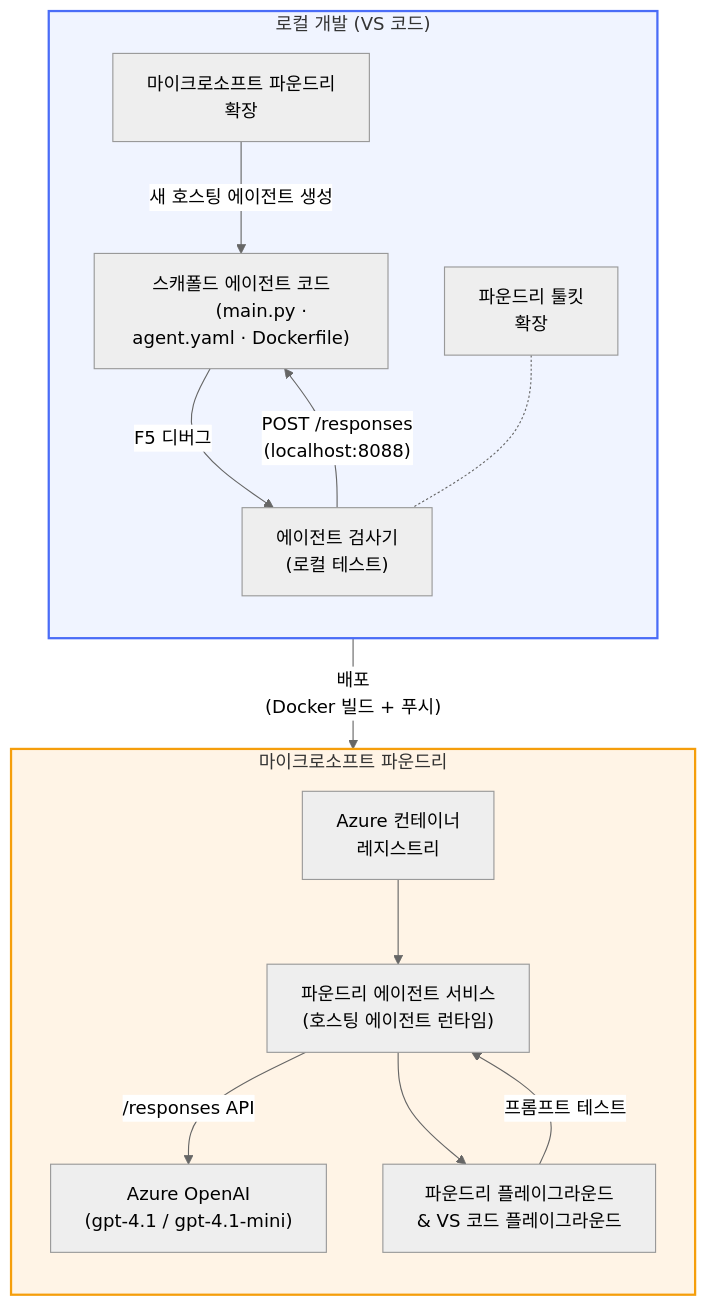
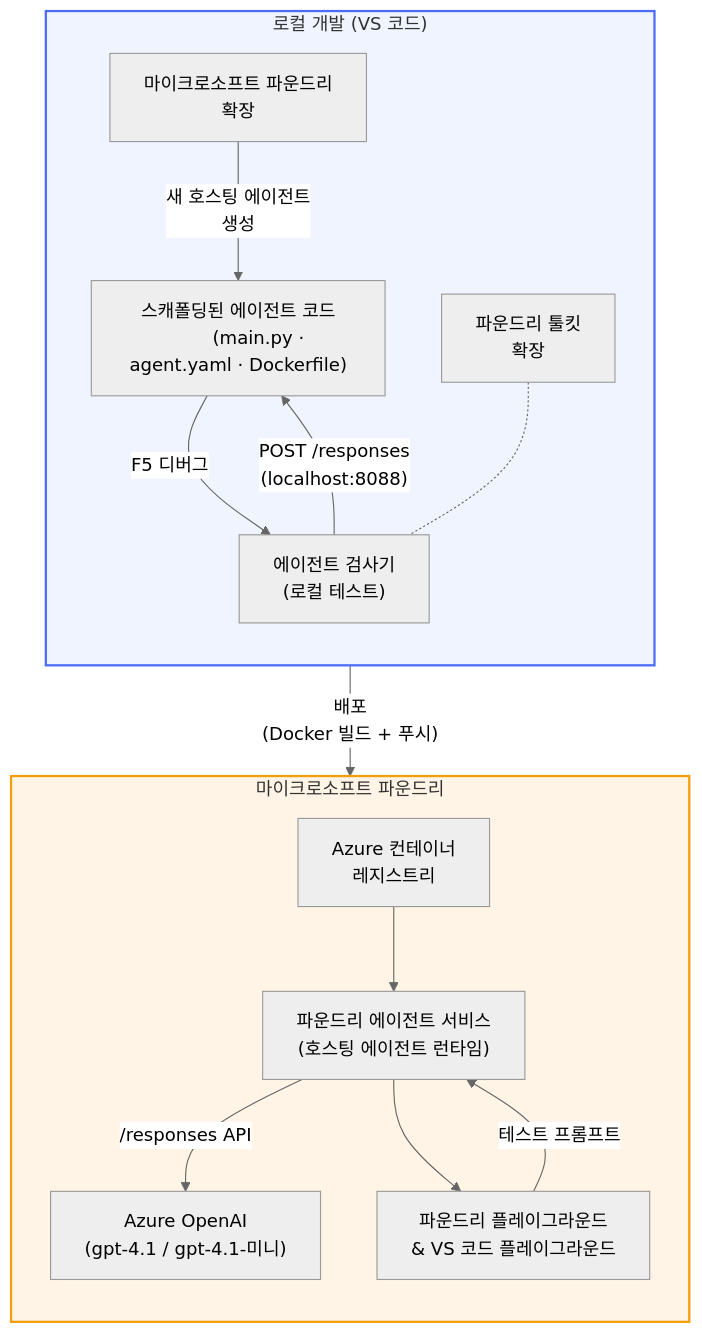
One commit to microsoft-foundry/Foundry_Toolkit_for_VSCode_Lab changed the diagram in translations/ko/README.md. Above: the diagram before and after it, drawn with Mermaid (neutral theme). The commit also changed other lines of this file and 110 other files, not shown here.

````diff
--- a/translations/ko/README.md
+++ b/translations/ko/README.md
@@ -48,41 +52,42 @@
 ```mermaid
 flowchart TB
     subgraph Local["로컬 개발 (VS 코드)"]
         direction TB
         FE["마이크로소프트 파운드리
         확장"]
         FoundryToolkit["파운드리 툴킷
         확장"]
-        Scaffold["스캐폴드 에이전트 코드
+        Scaffold["스캐폴딩된 에이전트 코드
         (main.py · agent.yaml · Dockerfile)"]
         Inspector["에이전트 검사기
         (로컬 테스트)"]
-        FE -- "새 호스팅 에이전트 생성" --> Scaffold
+        FE -- "새 호스팅 에이전트
+        생성" --> Scaffold
         Scaffold -- "F5 디버그" --> Inspector
         FoundryToolkit -.- Inspector
     end
 
     subgraph Cloud["마이크로소프트 파운드리"]
         direction TB
         ACR["Azure 컨테이너
         레지스트리"]
         AgentService["파운드리 에이전트 서비스
         (호스팅 에이전트 런타임)"]
         Model["Azure OpenAI
-        (gpt-4.1 / gpt-4.1-mini)"]
+        (gpt-4.1 / gpt-4.1-미니)"]
         Playground["파운드리 플레이그라운드
         & VS 코드 플레이그라운드"]
         ACR --> AgentService
         AgentService -- "/responses API" --> Model
         AgentService --> Playground
     end
 
     Scaffold -- "배포
     (Docker 빌드 + 푸시)" --> ACR
     Inspector -- "POST /responses
     (localhost:8088)" --> Scaffold
-    Playground -- "프롬프트 테스트" --> AgentService
+    Playground -- "테스트 프롬프트" --> AgentService
 
     style Local fill:#f0f4ff,stroke:#4a6cf7,stroke-width:2px
     style Cloud fill:#fff4e6,stroke:#f59e0b,stroke-width:2px
 ```
````
